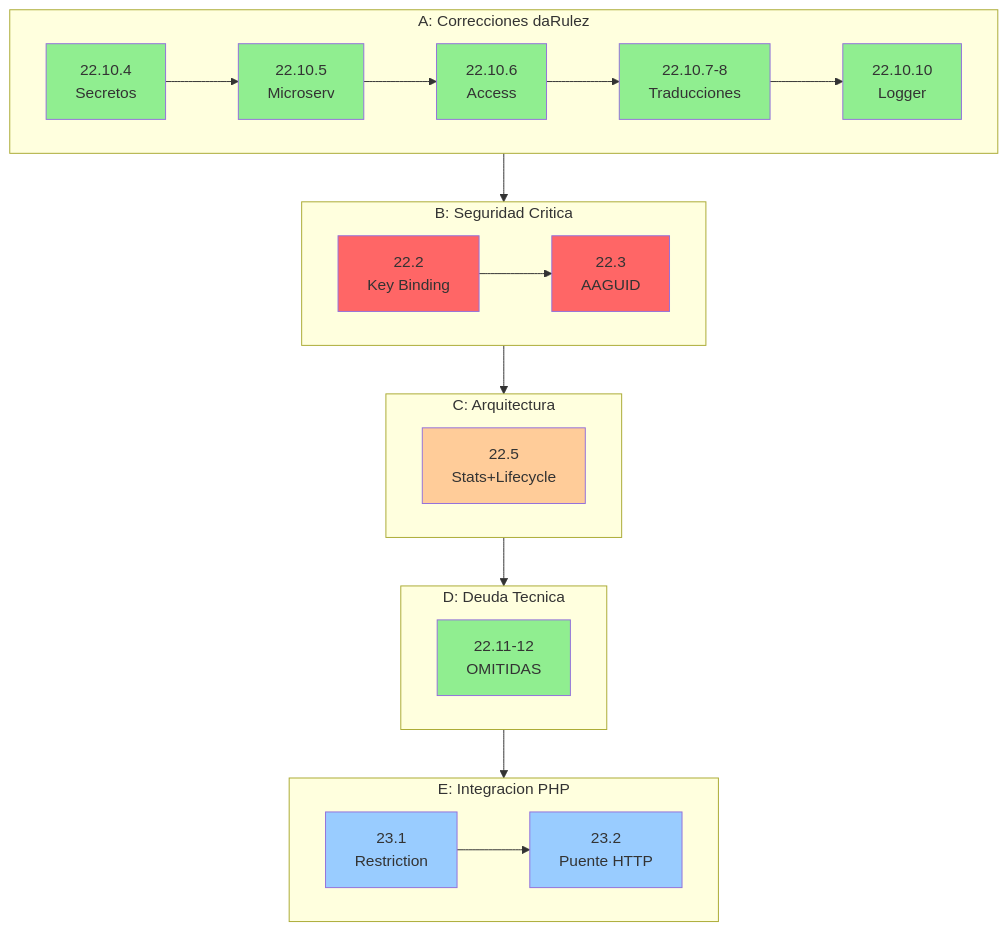
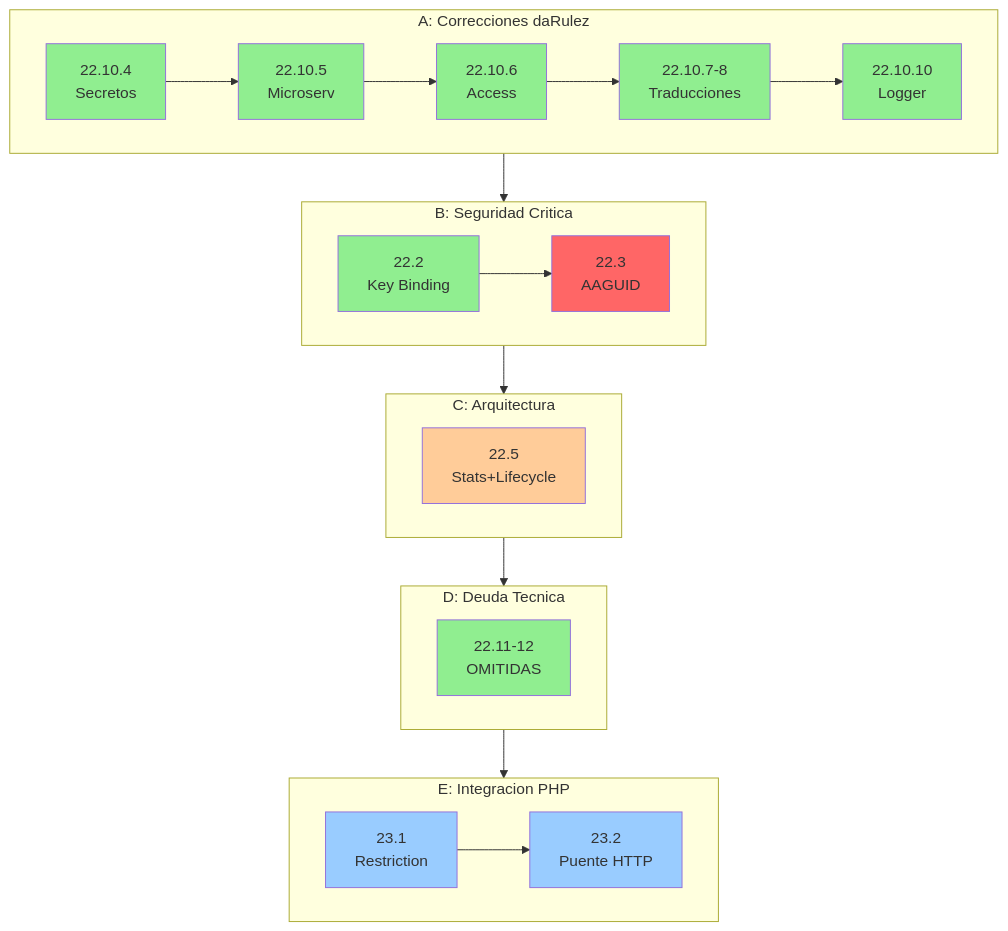
The diagram in ROADMAP.md (Ragnarsss/capstone-backend), drawn with Mermaid before and after one commit. The commit also changed other lines of this file, not shown here.

First line of the commit message:
docs(roadmap): marcar fase 22.2 completada con todos los indicadores

````diff
--- a/ROADMAP.md
+++ b/ROADMAP.md
@@ -43,53 +43,53 @@
 ```mermaid
 flowchart TB
     subgraph BLOQUE_A[A: Correcciones daRulez]
         direction LR
         A1[22.10.4<br/>Secretos]
         A2[22.10.5<br/>Microserv]
         A3[22.10.6<br/>Access]
         A4[22.10.7-8<br/>Traducciones]
         A5[22.10.10<br/>Logger]
         A1 --> A2 --> A3 --> A4 --> A5
     end
 
     subgraph BLOQUE_B[B: Seguridad Critica]
         direction LR
         B1[22.2<br/>Key Binding]
         B2[22.3<br/>AAGUID]
         B1 --> B2
     end
 
     subgraph BLOQUE_C[C: Arquitectura]
         direction LR
         C1[22.5<br/>Stats+Lifecycle]
     end
 
     subgraph BLOQUE_D[D: Deuda Tecnica]
         direction LR
         D1[22.11-12<br/>OMITIDAS]
     end
 
     subgraph BLOQUE_E[E: Integracion PHP]
         direction LR
         E1[23.1<br/>Restriction]
         E2[23.2<br/>Puente HTTP]
         E1 --> E2
     end
 
     BLOQUE_A --> BLOQUE_B
     BLOQUE_B --> BLOQUE_C
     BLOQUE_C --> BLOQUE_D
     BLOQUE_D --> BLOQUE_E
 
     style A1 fill:#90EE90
     style A2 fill:#90EE90
     style A3 fill:#90EE90
     style A4 fill:#90EE90
     style A5 fill:#90EE90
-    style B1 fill:#ff6666
+    style B1 fill:#90EE90
     style B2 fill:#ff6666
     style C1 fill:#ffcc99
     style D1 fill:#90EE90
     style E1 fill:#99ccff
     style E2 fill:#99ccff
 ```
````
